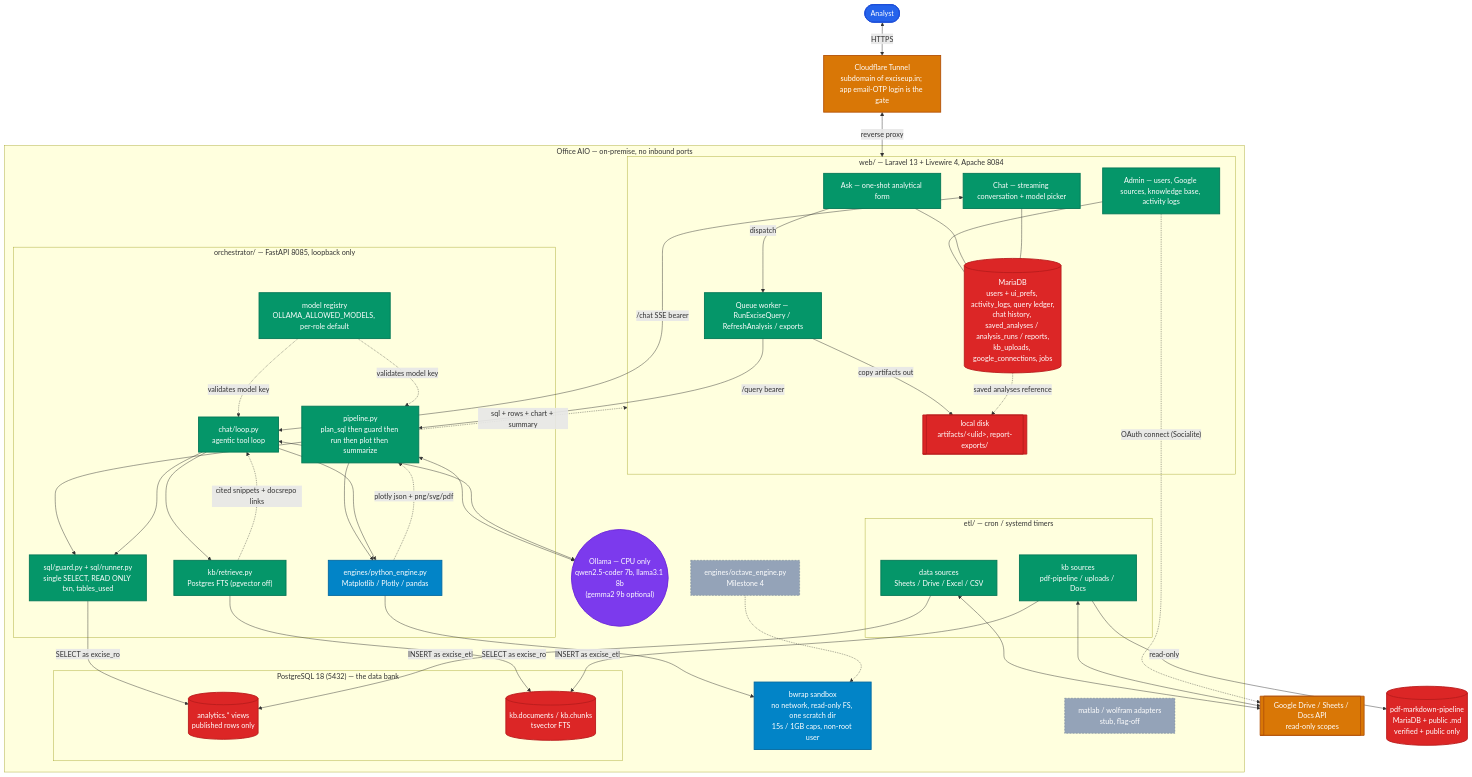
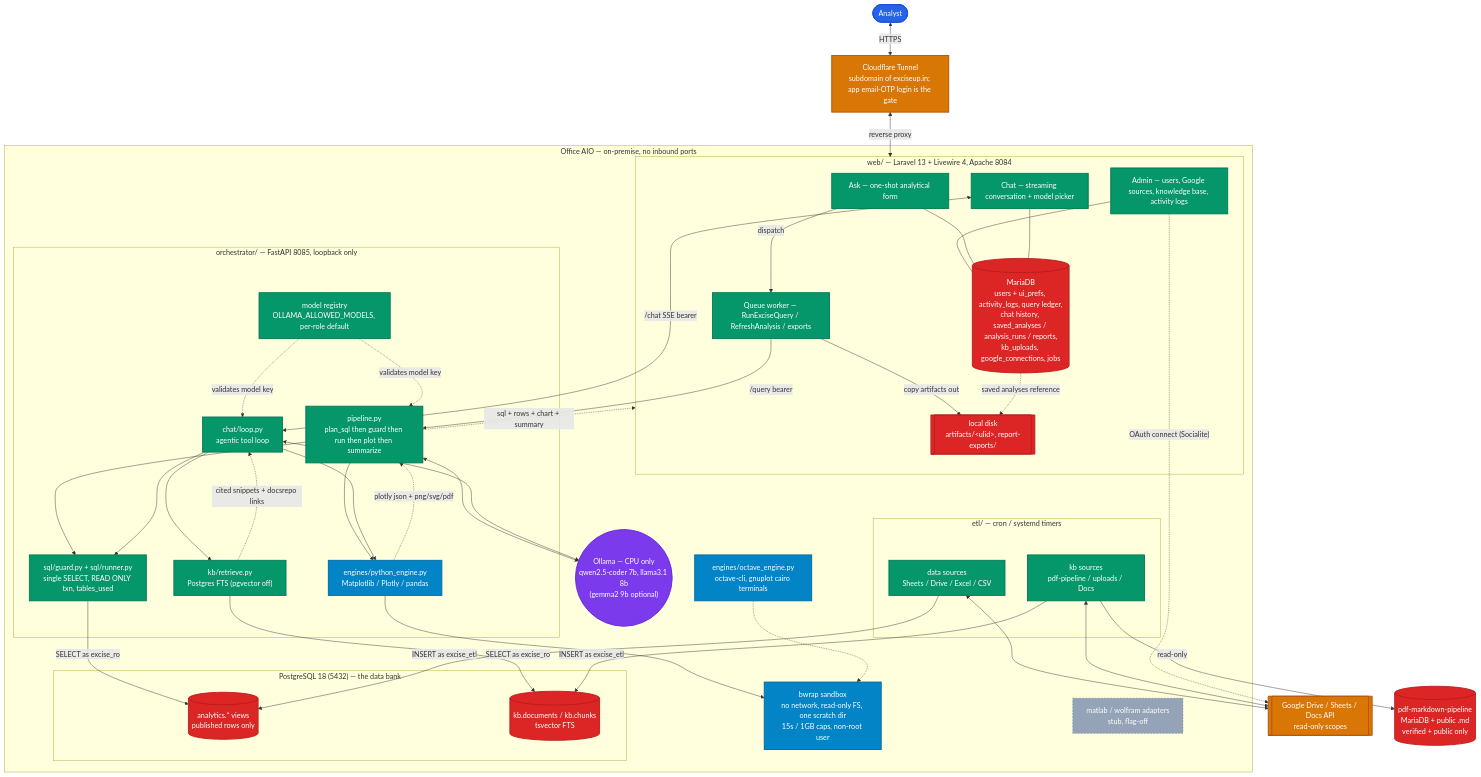
Before and after one commit to SubhanRaj/excise-mcp-dashboard: the second of 7 diagrams in ARCHITECTURE.md, drawn with Mermaid. The commit also changed other lines of this file and 2 other files, not shown here.

First line of the commit message:
Document openspout as the XLSX library and finish Milestone 4 doc cleanup

```diff
--- a/ARCHITECTURE.md
+++ b/ARCHITECTURE.md
@@ -304,7 +305,7 @@
             EtlKB["kb sources<br/>pdf-pipeline / uploads / Docs"]:::app
         end
 
-        OctEng["engines/octave_engine.py<br/>Milestone 4"]:::off
+        OctEng["engines/octave_engine.py<br/>octave-cli, gnuplot cairo terminals"]:::viz
         MatEng["matlab / wolfram adapters<br/>stub, flag-off"]:::off
     end
 
```
